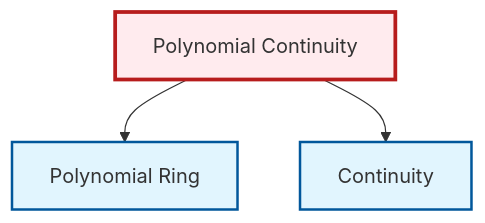
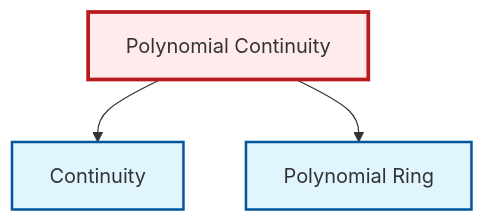
Before and after one commit to RK0429/ModernMath: the diagram in output/mermaid/en/ex-polynomial-continuity.mermaid, drawn with Mermaid. The commit also changed other lines of this file and 3325 other files, not shown here.

```diff
--- a/output/mermaid/en/ex-polynomial-continuity.mermaid
+++ b/output/mermaid/en/ex-polynomial-continuity.mermaid
@@ -1,12 +1,12 @@
 graph TD
     classDef definition fill:#e1f5fe,stroke:#01579b,stroke-width:2px
     classDef theorem fill:#f3e5f5,stroke:#4a148c,stroke-width:2px
     classDef axiom fill:#fff3e0,stroke:#e65100,stroke-width:2px
     classDef example fill:#e8f5e9,stroke:#1b5e20,stroke-width:2px
     classDef current fill:#ffebee,stroke:#b71c1c,stroke-width:3px
+    def-continuity["Continuity"]:::definition
     def-polynomial-ring["Polynomial Ring"]:::definition
     ex-polynomial-continuity["Polynomial Continuity"]:::example
-    def-continuity["Continuity"]:::definition
+    ex-polynomial-continuity --> def-continuity
     ex-polynomial-continuity --> def-polynomial-ring
-    ex-polynomial-continuity --> def-continuity
     class ex-polynomial-continuity current
```
